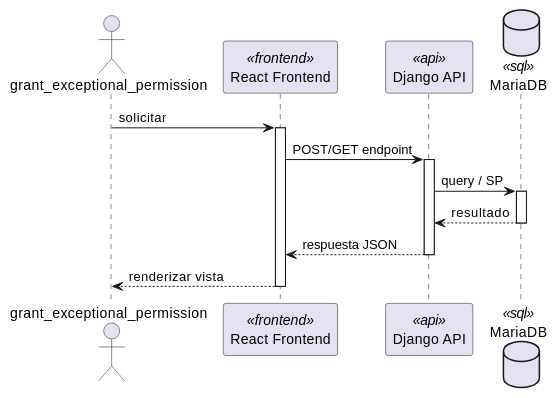
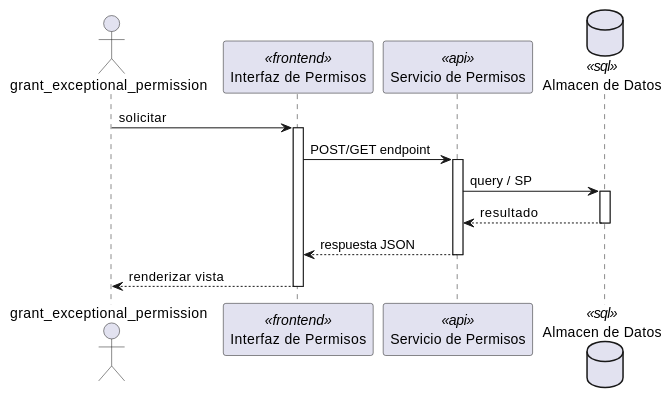
One commit to jcg-admin/IACT-docs changed the first of 2 diagrams in source/arquitectura-tecnica/DesignView/perm-03.rst. Above: the diagram before and after it, drawn with PlantUML. The commit also changed other lines of this file and 243 other files, not shown here.

First line of the commit message:
Add missing diagrams and fix participant names across Kruchten views

```diff
--- a/source/arquitectura-tecnica/DesignView/perm-03.rst
+++ b/source/arquitectura-tecnica/DesignView/perm-03.rst
@@ -22,28 +22,28 @@
 .. uml::
  :caption: UC_PERM_03 — Design View (secuencia)
 
  @startuml
 
  actor "grant_exceptional_permission" as grant_exceptional_permission
- participant "React Frontend" as Frontend <<frontend>>
- participant "Django API" as APIServer <<api>>
- database "MariaDB" as BaseDatos <<sql>>
+ participant "Interfaz de Permisos" as Iface <<frontend>>
+ participant "Servicio de Permisos" as SvcNode <<api>>
+ database "Almacen de Datos" as Store <<sql>>
 
- grant_exceptional_permission -> Frontend : solicitar
- activate Frontend
+ grant_exceptional_permission -> Iface : solicitar
+ activate Iface
 
- Frontend -> APIServer : POST/GET endpoint
- activate APIServer
+ Iface -> SvcNode : POST/GET endpoint
+ activate SvcNode
 
- APIServer -> BaseDatos : query / SP
- activate BaseDatos
- BaseDatos --> APIServer : resultado
- deactivate BaseDatos
+ SvcNode -> Store : query / SP
+ activate Store
+ Store --> SvcNode : resultado
+ deactivate Store
 
- APIServer --> Frontend : respuesta JSON
- deactivate APIServer
+ SvcNode --> Iface : respuesta JSON
+ deactivate SvcNode
 
- Frontend --> grant_exceptional_permission : renderizar vista
- deactivate Frontend
+ Iface --> grant_exceptional_permission : renderizar vista
+ deactivate Iface
 
  @enduml
```
